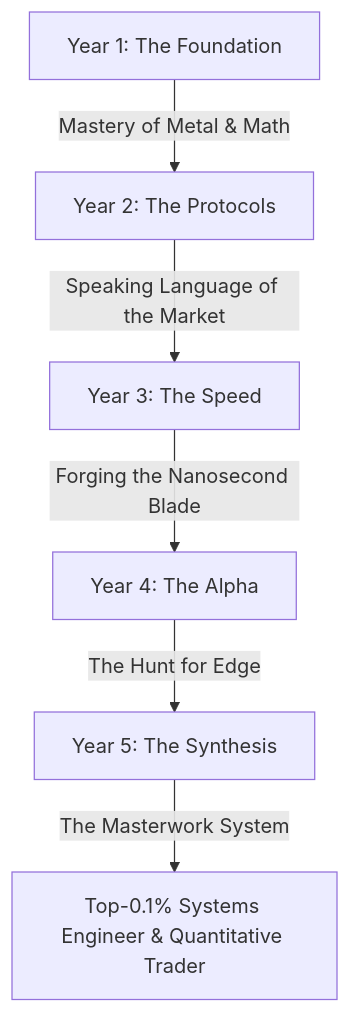
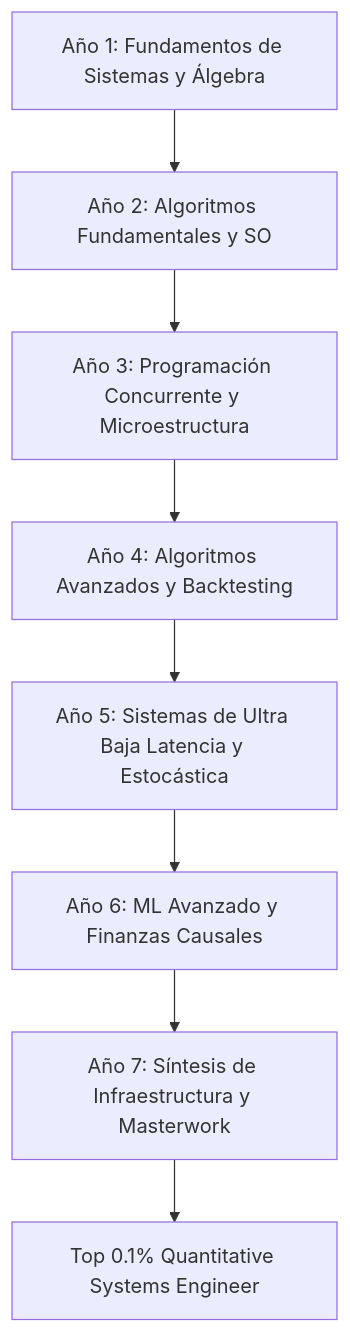
The diagram in CURRICULUM.md (TEGDV/QuantitativeSystemsEngineering), drawn with Mermaid before and after one commit. The commit also changed other lines of this file and 33 other files, not shown here.

````diff
--- a/CURRICULUM.md
+++ b/CURRICULUM.md
@@ -9,8 +9,10 @@
 ```mermaid
 graph TD
-    Y1[Year 1: The Foundation] -->|Mastery of Metal & Math| Y2[Year 2: The Protocols]
-    Y2 -->|Speaking Language of the Market| Y3[Year 3: The Speed]
-    Y3 -->|Forging the Nanosecond Blade| Y4[Year 4: The Alpha]
-    Y4 -->|The Hunt for Edge| Y5[Year 5: The Synthesis]
-    Y5 -->|The Masterwork System| Master[Top-0.1% Systems Engineer & Quantitative Trader]
+    Y1[Año 1: Fundamentos de Sistemas y Álgebra] --> Y2[Año 2: Algoritmos Fundamentales y SO]
+    Y2 --> Y3[Año 3: Programación Concurrente y Microestructura]
+    Y3 --> Y4[Año 4: Algoritmos Avanzados y Backtesting]
+    Y4 --> Y5[Año 5: Sistemas de Ultra Baja Latencia y Estocástica]
+    Y5 --> Y6[Año 6: ML Avanzado y Finanzas Causales]
+    Y6 --> Y7[Año 7: Síntesis de Infraestructura y Masterwork]
+    Y7 --> PhD[Top 0.1% Quantitative Systems Engineer]
 ```
````
